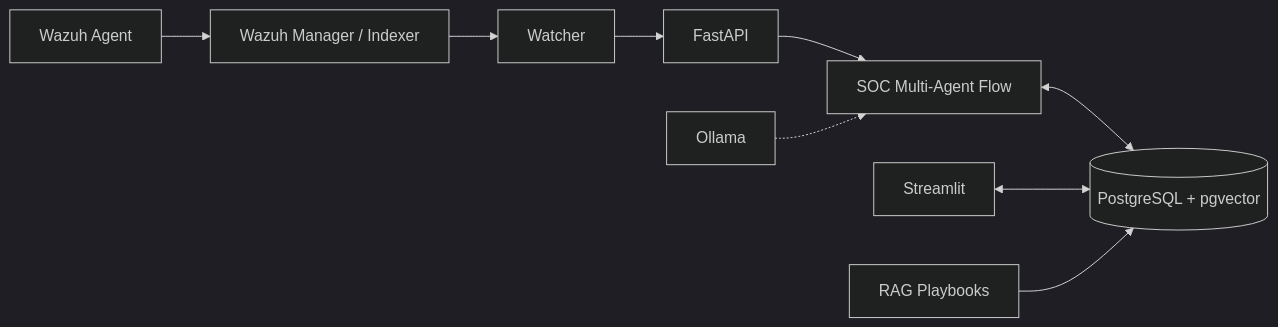
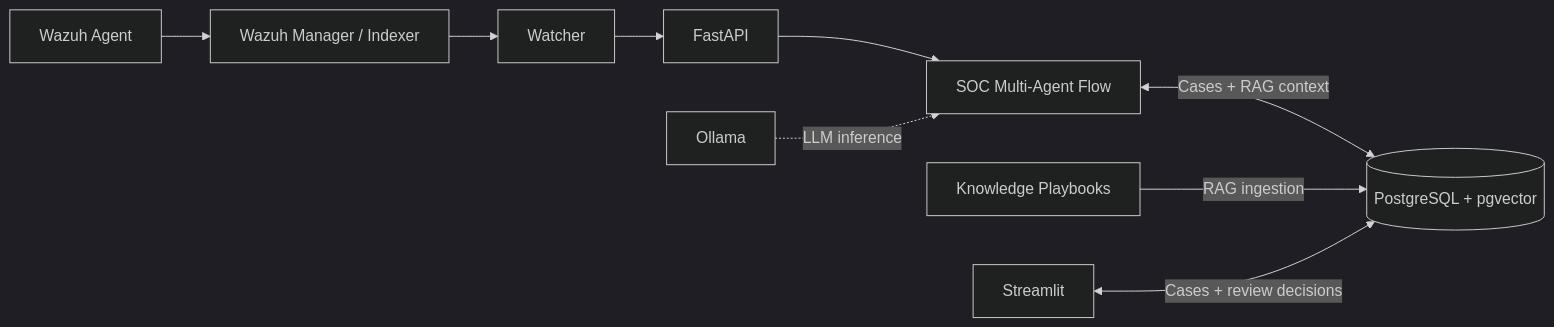
Before and after one commit to khanhduy156ka/TTCS: the diagram in README.md, drawn with Mermaid (dark theme). The commit also changed other lines of this file and 3 other files, not shown here.

````diff
--- a/README.md
+++ b/README.md
@@ -7,11 +7,11 @@
 ```mermaid
 flowchart LR
     A["Wazuh Agent"] --> B["Wazuh Manager / Indexer"]
     B --> C["Watcher"]
     C --> D["FastAPI"]
     D --> E["SOC Multi-Agent Flow"]
-    E <--> F[("PostgreSQL + pgvector")]
-    G["Streamlit"] <--> F
-    H["RAG Playbooks"] --> F
-    I["Ollama"] -.-> E
+    E <-->|"Cases + RAG context"| F[("PostgreSQL + pgvector")]
+    G["Knowledge Playbooks"] -->|"RAG ingestion"| F
+    H["Streamlit"] <-->|"Cases + review decisions"| F
+    I["Ollama"] -.->|"LLM inference"| E
 ```
````
